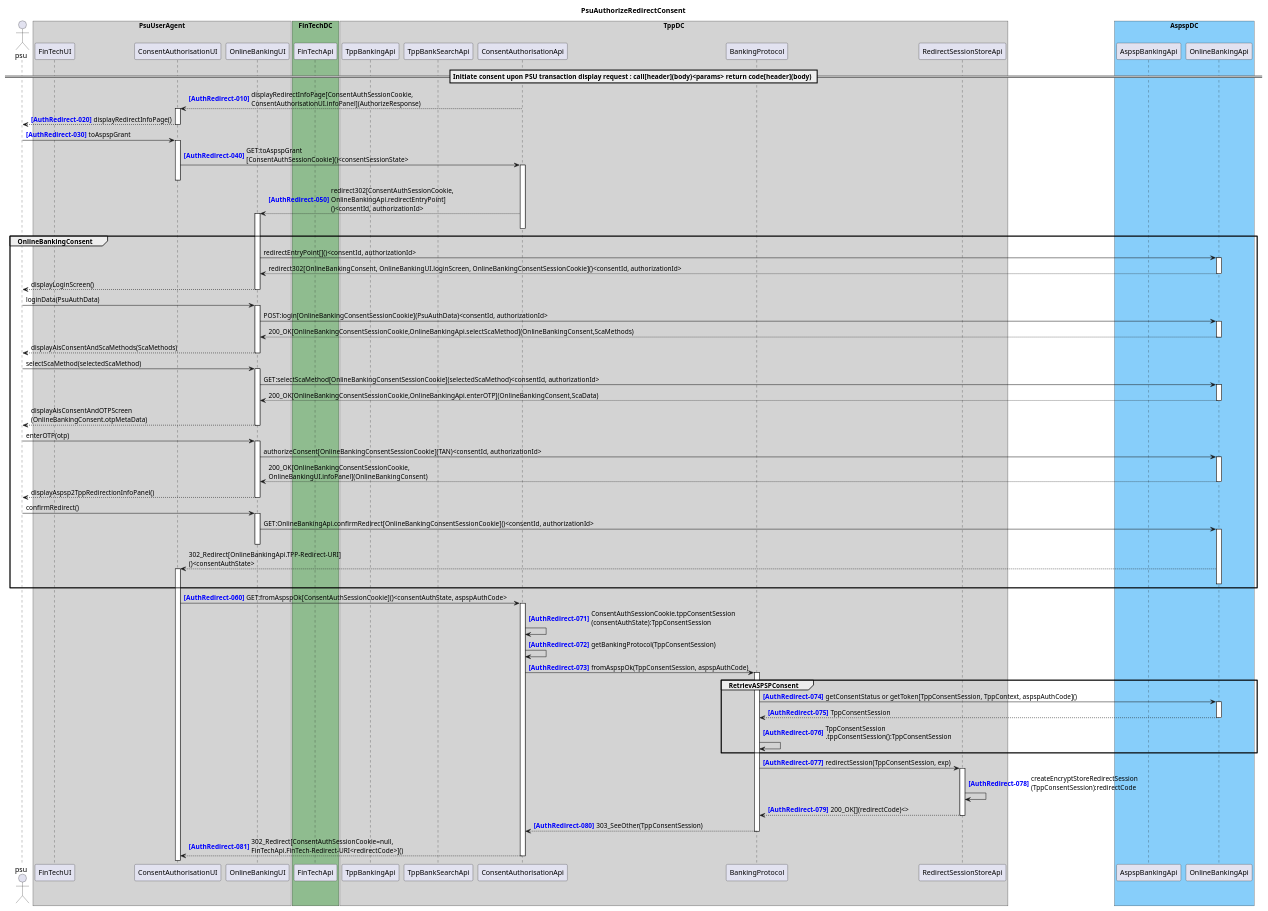
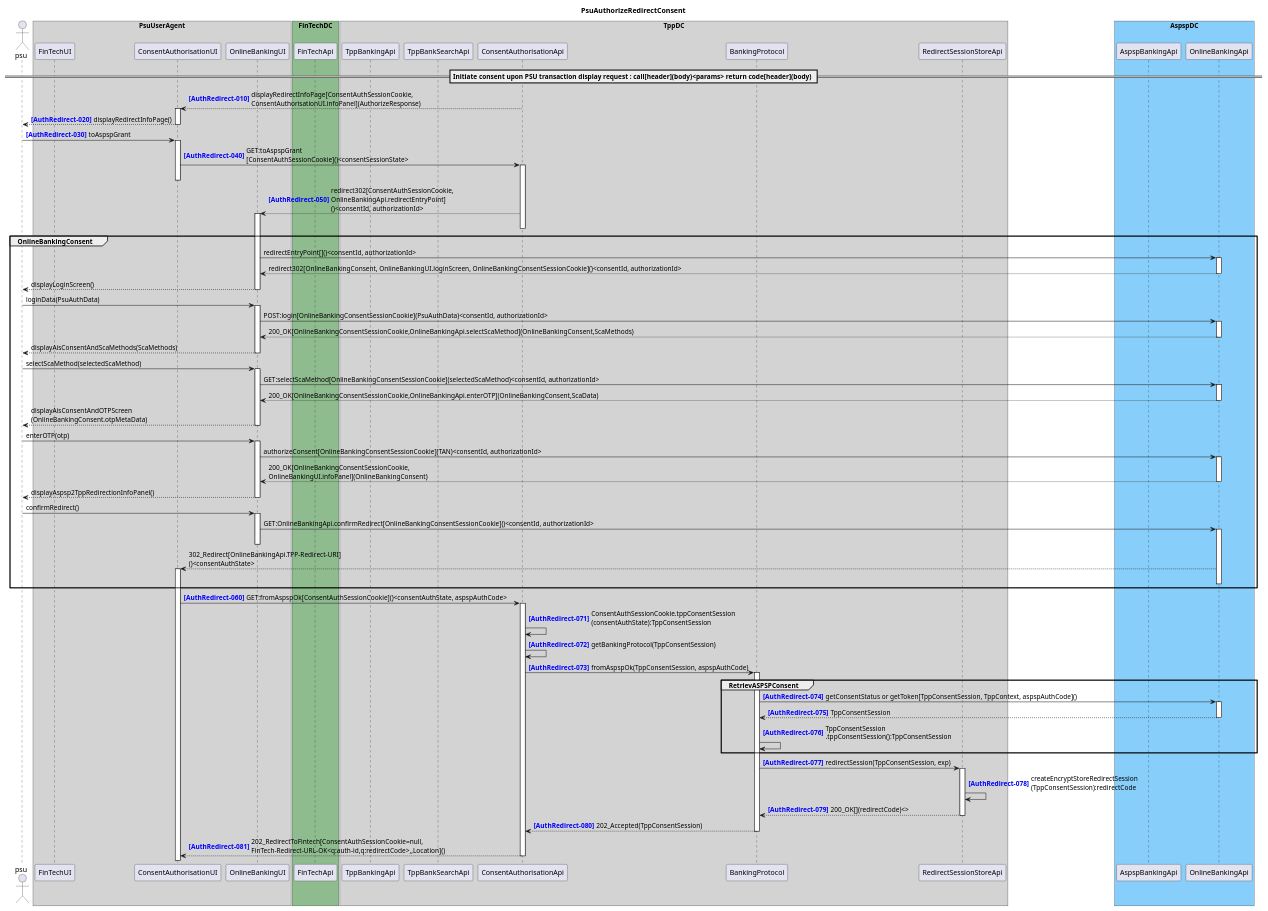
The diagram in doc/develop/architecture/diagrams/useCases/5b-psuAuthRedirectConsent.puml (adorsys/open-banking-gateway), drawn with PlantUML before and after one commit. The commit also changed 20 other files, not shown here.

```diff
--- a/doc/develop/architecture/diagrams/useCases/5b-psuAuthRedirectConsent.puml
+++ b/doc/develop/architecture/diagrams/useCases/5b-psuAuthRedirectConsent.puml
@@ -1,79 +1,79 @@
 @startuml
 title PsuAuthorizeRedirectConsent
 autonumber 10 10 "<b><color blue>[AuthRedirect-000]</color></b>"
 actor psu
 
 box "PsuUserAgent" #LightGray
     participant "FinTechUI" as FinTechUI
     participant "ConsentAuthorisationUI" as ConsentAuthorisationUI
     participant "OnlineBankingUI" as OnlineBankingUI
 end box
 box "FinTechDC" #DarkSeaGreen
     participant "FinTechApi" as FinTechApi
 end box
 box "TppDC" #LightGray
     participant "TppBankingApi" as TppBankingApi
     participant "TppBankSearchApi" as TppBankSearchApi
     participant "ConsentAuthorisationApi" as ConsentAuthorisationApi
 
     participant "BankingProtocol" as BankingProtocol
     participant "RedirectSessionStoreApi" as RedirectSessionStoreApi
 end box
 box "AspspDC" #LightSkyBlue
 	participant "AspspBankingApi" as AspspBankingApi
     participant "OnlineBankingApi" as OnlineBankingApi
 end box
 
 == Initiate consent upon PSU transaction display request : call[header](body)<params> return code[header](body) ==
 
 ConsentAuthorisationApi --> ConsentAuthorisationUI ++ : displayRedirectInfoPage[ConsentAuthSessionCookie,\nConsentAuthorisationUI.infoPanel](AuthorizeResponse)
 ConsentAuthorisationUI --> psu : displayRedirectInfoPage()
 deactivate ConsentAuthorisationUI
 psu -> ConsentAuthorisationUI ++ : toAspspGrant
 ConsentAuthorisationUI -> ConsentAuthorisationApi ++ : GET:toAspspGrant\n[ConsentAuthSessionCookie]()<consentSessionState>
 deactivate ConsentAuthorisationUI
 ConsentAuthorisationApi --> OnlineBankingUI ++ : redirect302[ConsentAuthSessionCookie,\nOnlineBankingApi.redirectEntryPoint]\n()<consentId, authorizationId>
 deactivate ConsentAuthorisationApi
 autonumber stop
 group OnlineBankingConsent
     OnlineBankingUI -> OnlineBankingApi ++ : redirectEntryPoint[]()<consentId, authorizationId>
     return redirect302[OnlineBankingConsent, OnlineBankingUI.loginScreen, OnlineBankingConsentSessionCookie]()<consentId, authorizationId>
     OnlineBankingUI --> psu : displayLoginScreen()
     deactivate OnlineBankingUI
     psu -> OnlineBankingUI ++ : loginData(PsuAuthData)
     OnlineBankingUI -> OnlineBankingApi ++ : POST:login[OnlineBankingConsentSessionCookie](PsuAuthData)<consentId, authorizationId> 
     return 200_OK[OnlineBankingConsentSessionCookie,OnlineBankingApi.selectScaMethod](OnlineBankingConsent,ScaMethods)
     return displayAisConsentAndScaMethods(ScaMethods)
     psu -> OnlineBankingUI ++ : selectScaMethod(selectedScaMethod)
     OnlineBankingUI -> OnlineBankingApi ++ : GET:selectScaMethod[OnlineBankingConsentSessionCookie](selectedScaMethod)<consentId, authorizationId> 
     return 200_OK[OnlineBankingConsentSessionCookie,OnlineBankingApi.enterOTP](OnlineBankingConsent,ScaData)
     return displayAisConsentAndOTPScreen\n(OnlineBankingConsent.otpMetaData)
     psu -> OnlineBankingUI ++ : enterOTP(otp)
     OnlineBankingUI -> OnlineBankingApi ++ : authorizeConsent[OnlineBankingConsentSessionCookie](TAN)<consentId, authorizationId> 
     return 200_OK[OnlineBankingConsentSessionCookie,\nOnlineBankingUI.infoPanel](OnlineBankingConsent)
     OnlineBankingUI --> psu : displayAspsp2TppRedirectionInfoPanel()
     deactivate OnlineBankingUI
     psu -> OnlineBankingUI ++ : confirmRedirect()
     OnlineBankingUI -> OnlineBankingApi ++ : GET:OnlineBankingApi.confirmRedirect[OnlineBankingConsentSessionCookie]()<consentId, authorizationId>
     deactivate OnlineBankingUI
     OnlineBankingApi --> ConsentAuthorisationUI ++ : 302_Redirect[OnlineBankingApi.TPP-Redirect-URI]\n()<consentAuthState>
     deactivate OnlineBankingApi
 end
 autonumber resume
 activate ConsentAuthorisationUI
 ConsentAuthorisationUI -> ConsentAuthorisationApi ++ : GET:fromAspspOk[ConsentAuthSessionCookie]()<consentAuthState, aspspAuthCode>
 autonumber 71 1 "<b><color blue>[AuthRedirect-000]"
 ConsentAuthorisationApi -> ConsentAuthorisationApi : ConsentAuthSessionCookie.tppConsentSession\n(consentAuthState):TppConsentSession
 ConsentAuthorisationApi -> ConsentAuthorisationApi : getBankingProtocol(TppConsentSession)
 ConsentAuthorisationApi -> BankingProtocol ++ : fromAspspOk(TppConsentSession, aspspAuthCode)
 group RetrievASPSPConsent
 BankingProtocol -> OnlineBankingApi ++ : getConsentStatus or getToken[TppConsentSession, TppContext, aspspAuthCode]()
 return TppConsentSession
 BankingProtocol -> BankingProtocol : TppConsentSession\n.tppConsentSession():TppConsentSession
 end
 BankingProtocol -> RedirectSessionStoreApi ++ : redirectSession(TppConsentSession, exp)
 RedirectSessionStoreApi -> RedirectSessionStoreApi : createEncryptStoreRedirectSession\n(TppConsentSession):redirectCode
 return 200_OK[](redirectCode)<>
-return 303_SeeOther(TppConsentSession)
-return 302_Redirect[ConsentAuthSessionCookie=null,\nFinTechApi.FinTech-Redirect-URI<redirectCode>]()
+return 202_Accepted(TppConsentSession)
+return 202_RedirectToFintech[ConsentAuthSessionCookie=null,\nFinTech-Redirect-URL-OK<q:auth-id,q:redirectCode>,,Location]()
 @enduml
```
